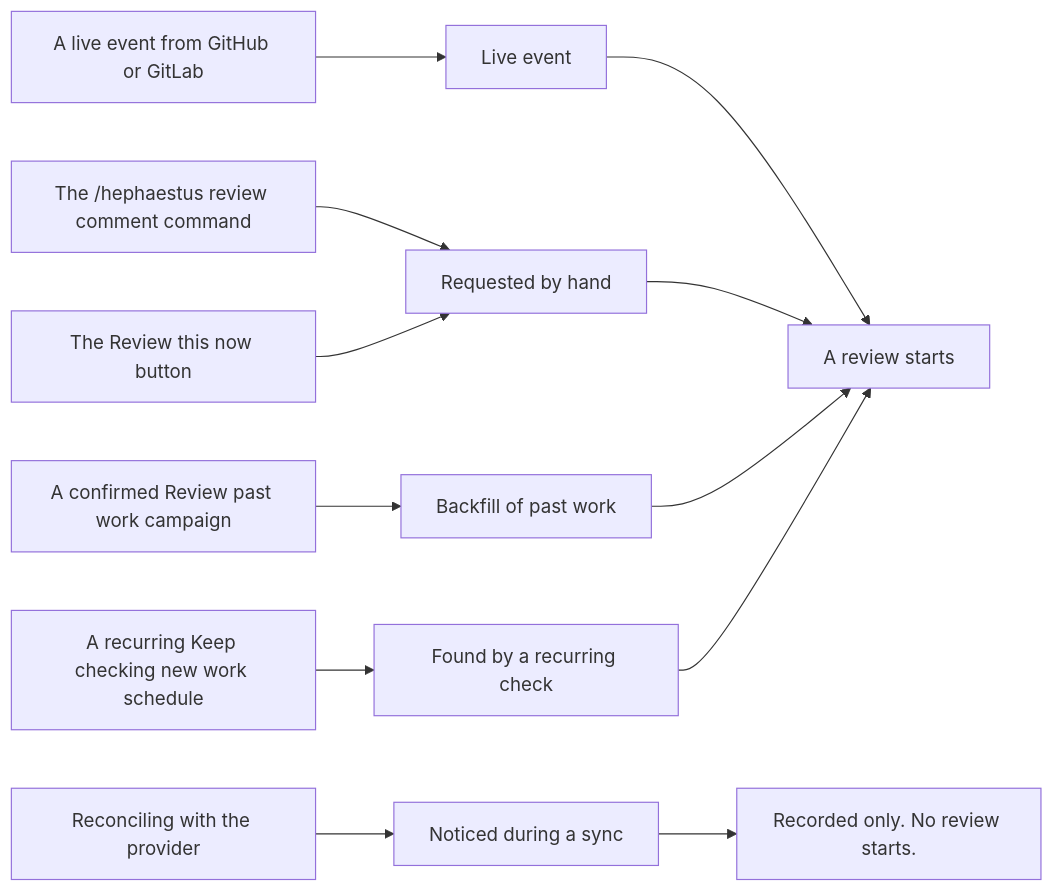
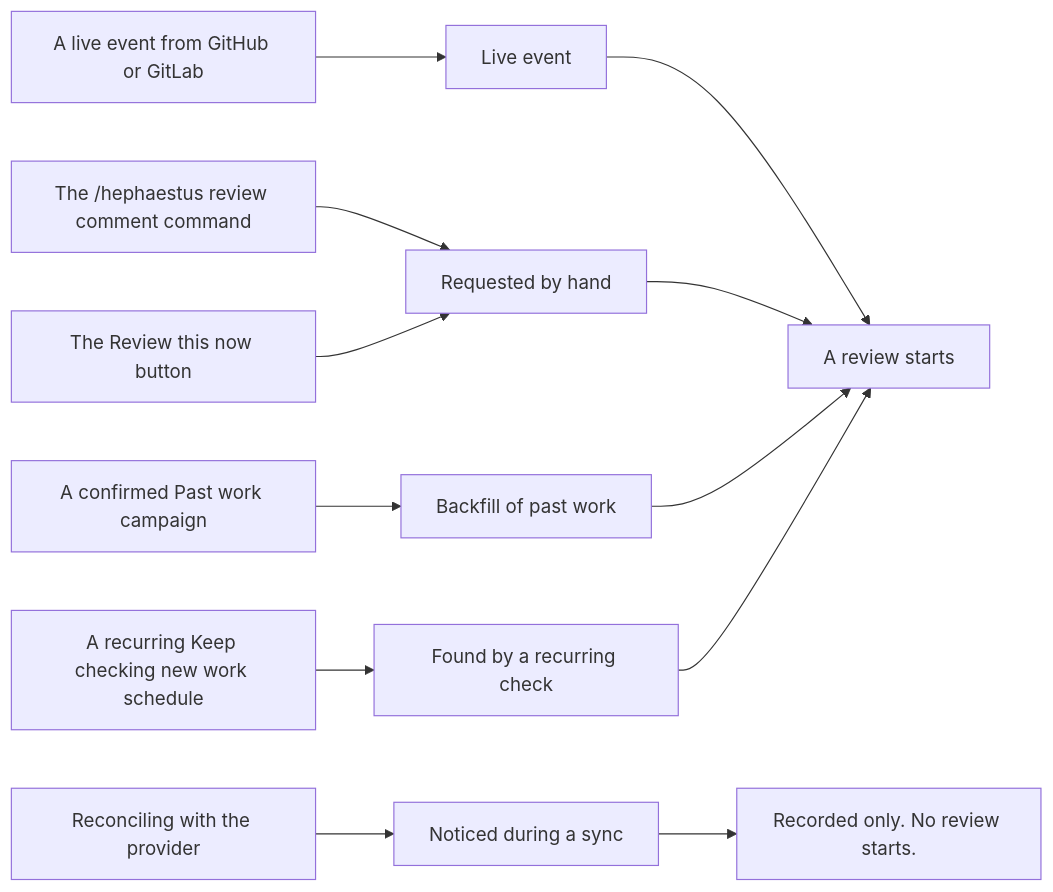
One commit to ls1intum/Hephaestus changed the diagram in docs/admin/practice-review.mdx. Above: the diagram before and after it, drawn with Mermaid. The commit also changed other lines of this file and 32 other files, not shown here.

````diff
--- a/docs/admin/practice-review.mdx
+++ b/docs/admin/practice-review.mdx
@@ -21,14 +21,14 @@
 ```mermaid
 flowchart LR
     Event[A live event from GitHub or GitLab] --> Live[Live event]
     Command[The /hephaestus review comment command] --> Hand[Requested by hand]
     Button[The Review this now button] --> Hand
-    Campaign[A confirmed Review past work campaign] --> Back[Backfill of past work]
+    Campaign[A confirmed Past work campaign] --> Back[Backfill of past work]
     Sweep[A recurring Keep checking new work schedule] --> Rec[Found by a recurring check]
     Reconcile[Reconciling with the provider] --> Sync[Noticed during a sync]
     Live --> Review[A review starts]
     Hand --> Review
     Back --> Review
     Rec --> Review
     Sync --> Stop[Recorded only. No review starts.]
 ```
````
